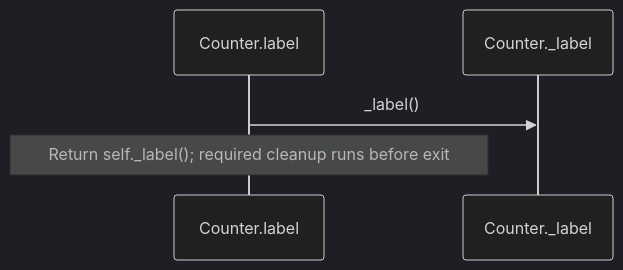
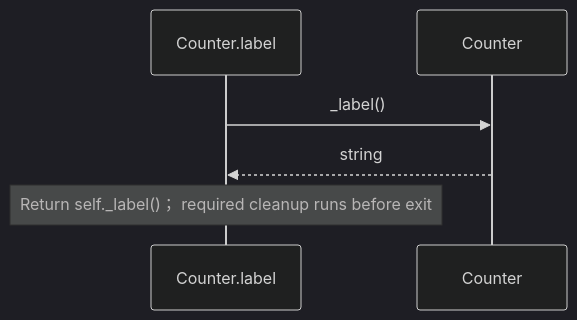
One commit to GreenPandaStudios/augscript changed the fourth of 4 diagrams in docs/examples/visibility/counter-diagrams.md. Above: the diagram before and after it, drawn with Mermaid (dark theme). The commit also changed other lines of this file and 524 other files, not shown here.

Commit message:
Explain checked data flow at folder and service levels

````diff
--- a/docs/examples/visibility/counter-diagrams.md
+++ b/docs/examples/visibility/counter-diagrams.md
@@ -91,7 +83,8 @@
 ```mermaid
 sequenceDiagram
     participant p0 as Counter.label
-    participant p1 as Counter._label
+    participant p1 as Counter
     p0->>p1: _label()
-    Note over p0: Return self._label()#59; required cleanup runs before exit
+    p1-->>p0: string
+    Note over p0: Return self._label()； required cleanup runs before exit
 ```
````
